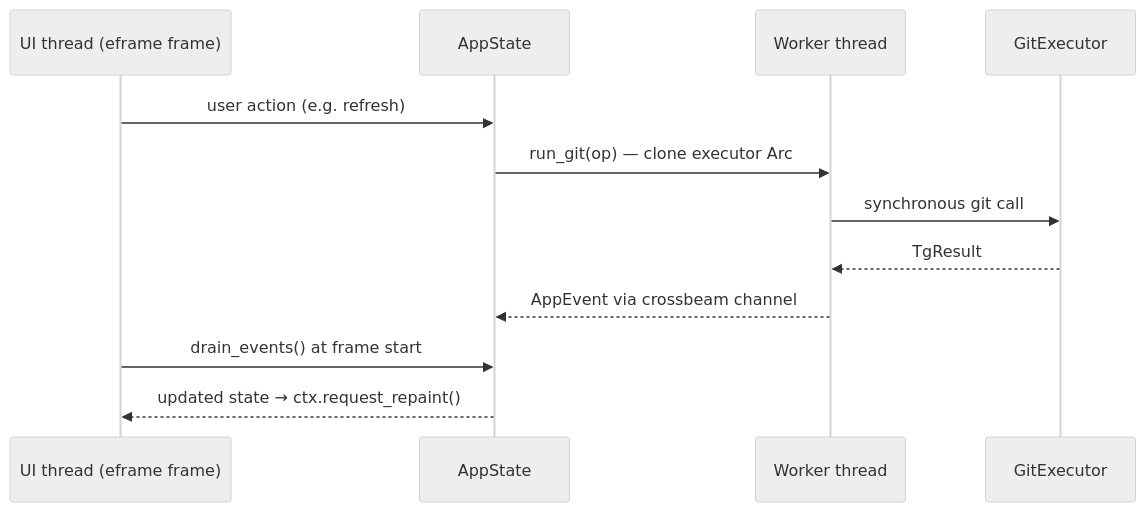
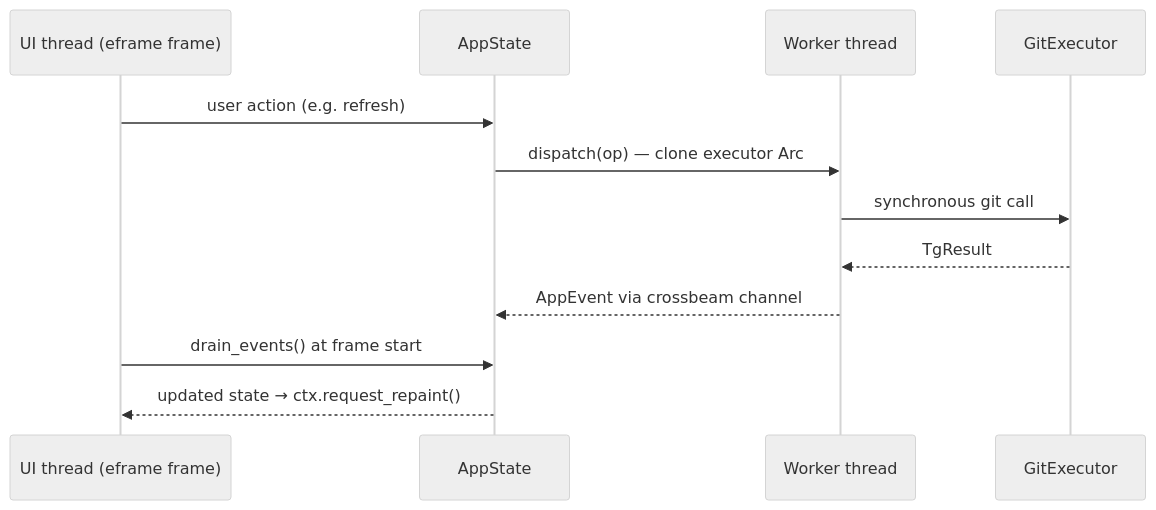
Before and after one commit to strawberry-choco/turbogit: the second of 2 diagrams in docs/architecture.md, drawn with Mermaid (neutral theme). The commit also changed other lines of this file and 43 other files, not shown here.

````diff
--- a/docs/architecture.md
+++ b/docs/architecture.md
@@ -211,15 +214,15 @@
 ```mermaid
 sequenceDiagram
     participant UI as UI thread (eframe frame)
     participant ST as AppState
     participant W as Worker thread
     participant E as GitExecutor
 
     UI->>ST: user action (e.g. refresh)
-    ST->>W: run_git(op) — clone executor Arc
+    ST->>W: dispatch(op) — clone executor Arc
     W->>E: synchronous git call
     E-->>W: TgResult
     W-->>ST: AppEvent via crossbeam channel
     UI->>ST: drain_events() at frame start
     ST-->>UI: updated state → ctx.request_repaint()
 ```
````
